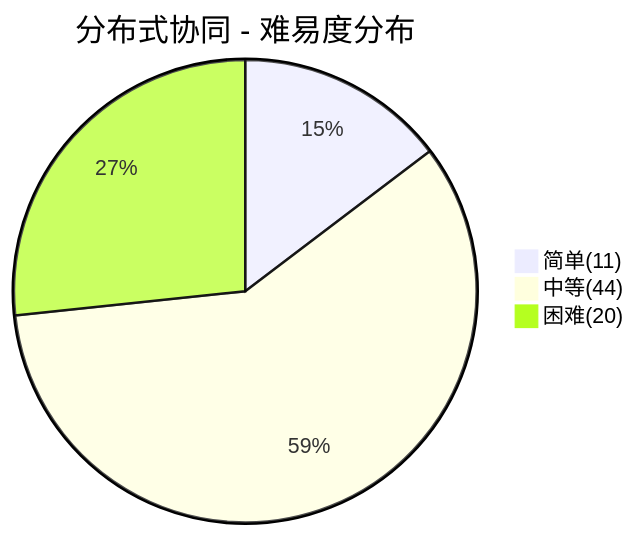
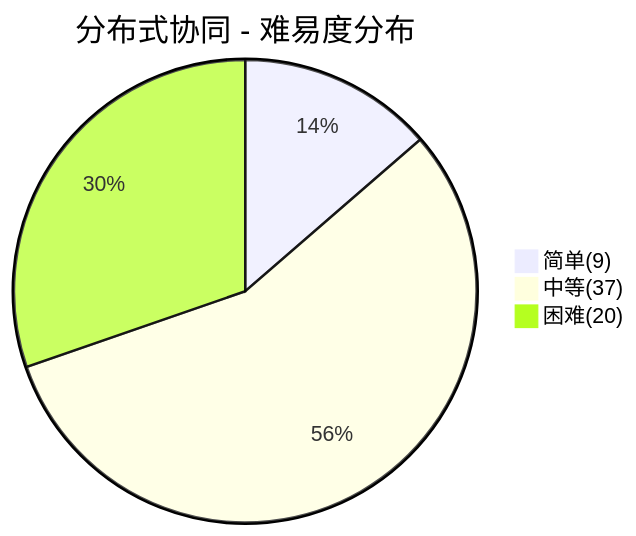
The second of 6 diagrams in docs/99.面试/分布式面试.md (dunwu/waterdrop), drawn with Mermaid before and after one commit. The commit also changed other lines of this file and 50 other files, not shown here.

````diff
--- a/docs/99.面试/分布式面试.md
+++ b/docs/99.面试/分布式面试.md
@@ -92,6 +89,6 @@
 ```mermaid
 pie title 分布式协同 - 难易度分布
-    "简单(11)" : 11
-    "中等(44)" : 44
+    "简单(9)" : 9
+    "中等(37)" : 37
     "困难(20)" : 20
 ```
````
